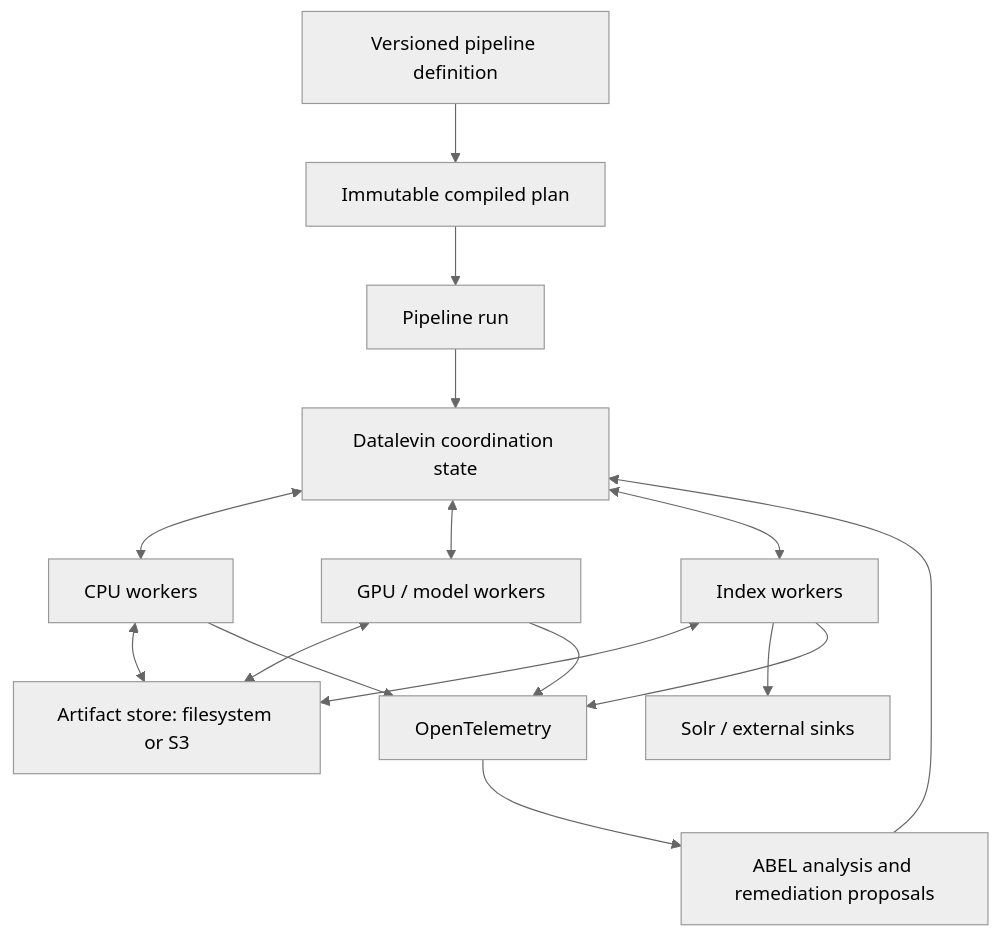
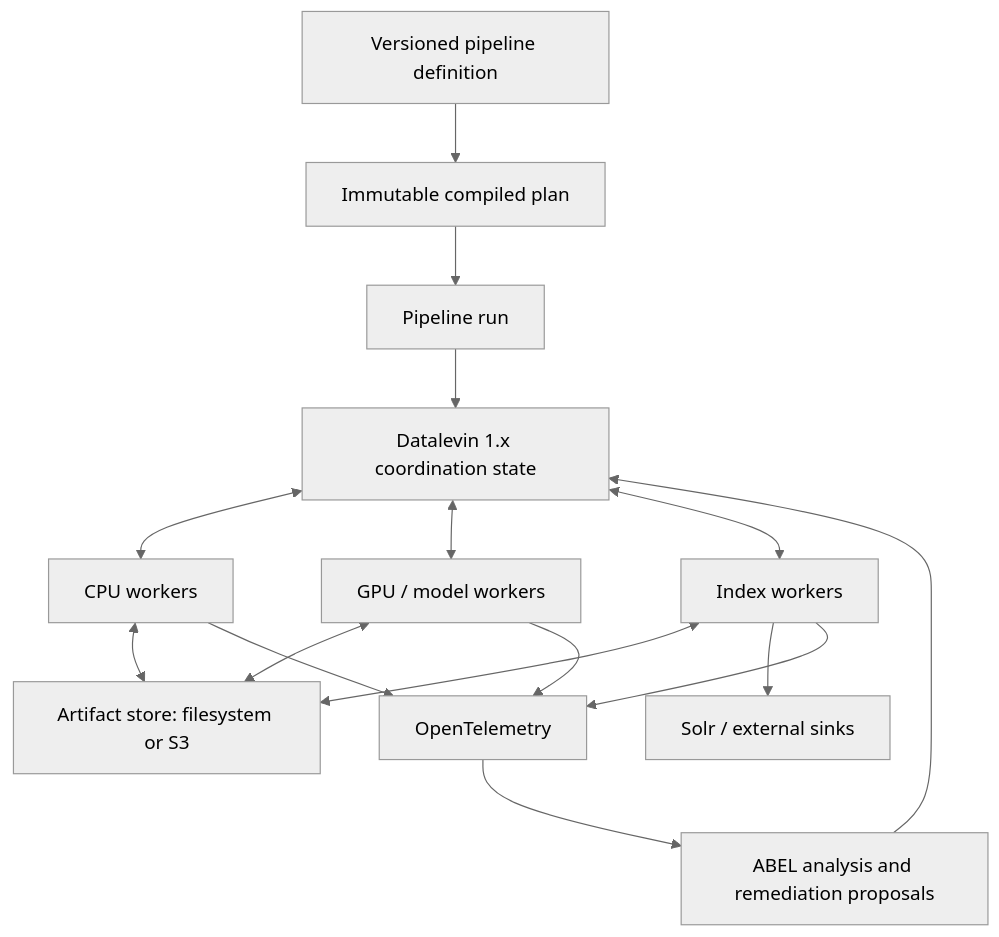
The diagram in COLLET_NEXT.md (velio-io/collet), drawn with Mermaid (neutral theme) before and after one commit. The commit also changed other lines of this file, not shown here.

Commit message:
Datalevin v1 plan updates

````diff
--- a/COLLET_NEXT.md
+++ b/COLLET_NEXT.md
@@ -40,21 +40,21 @@
 ```mermaid
 flowchart TB
     SPEC["Versioned pipeline definition"] --> PLAN["Immutable compiled plan"]
     PLAN --> RUN["Pipeline run"]
 
-    RUN --> DLV["Datalevin coordination state"]
+    RUN --> DLV["Datalevin 1.x coordination state"]
     DLV <--> CPU["CPU workers"]
     DLV <--> GPU["GPU / model workers"]
     DLV <--> IDX["Index workers"]
 
     CPU <--> ART["Artifact store: filesystem or S3"]
     GPU <--> ART
     IDX <--> ART
     IDX --> SOLR["Solr / external sinks"]
 
     CPU --> OTEL["OpenTelemetry"]
     GPU --> OTEL
     IDX --> OTEL
     OTEL --> ABEL["ABEL analysis and remediation proposals"]
     ABEL --> DLV
 ```
````
